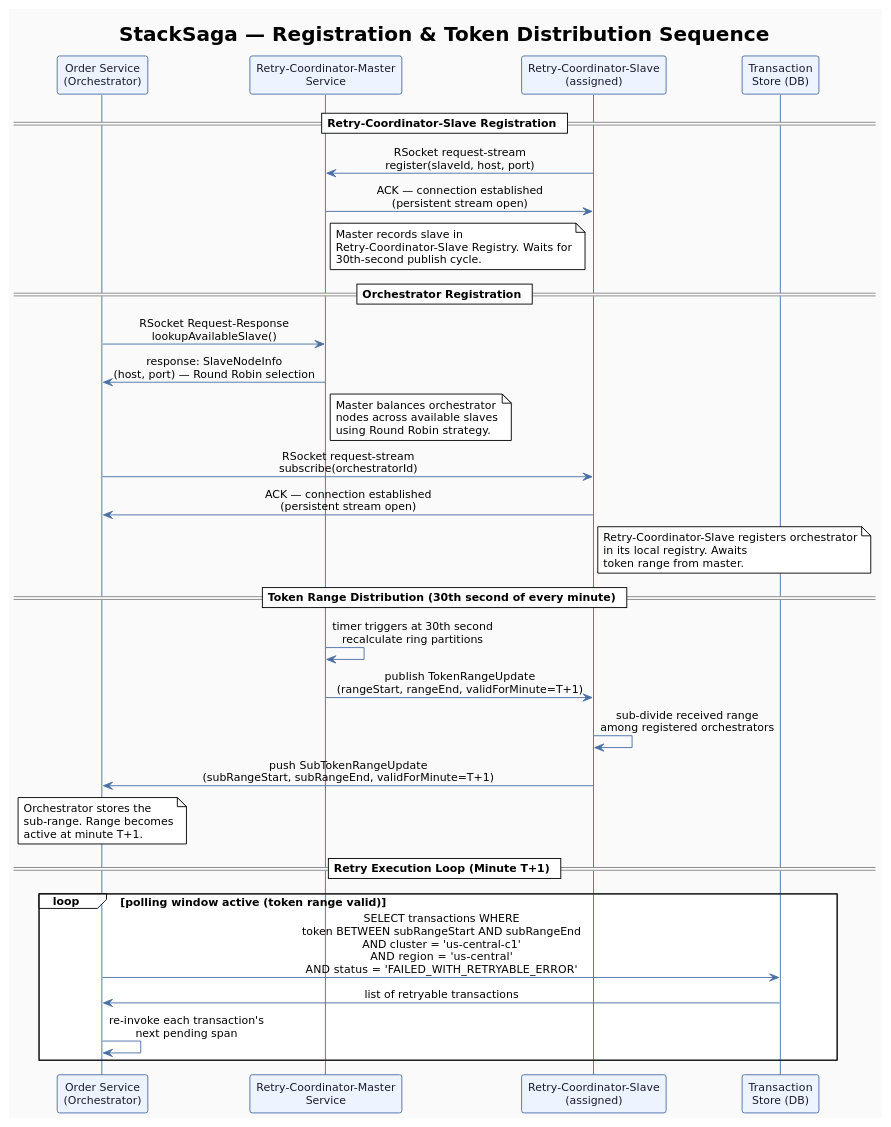
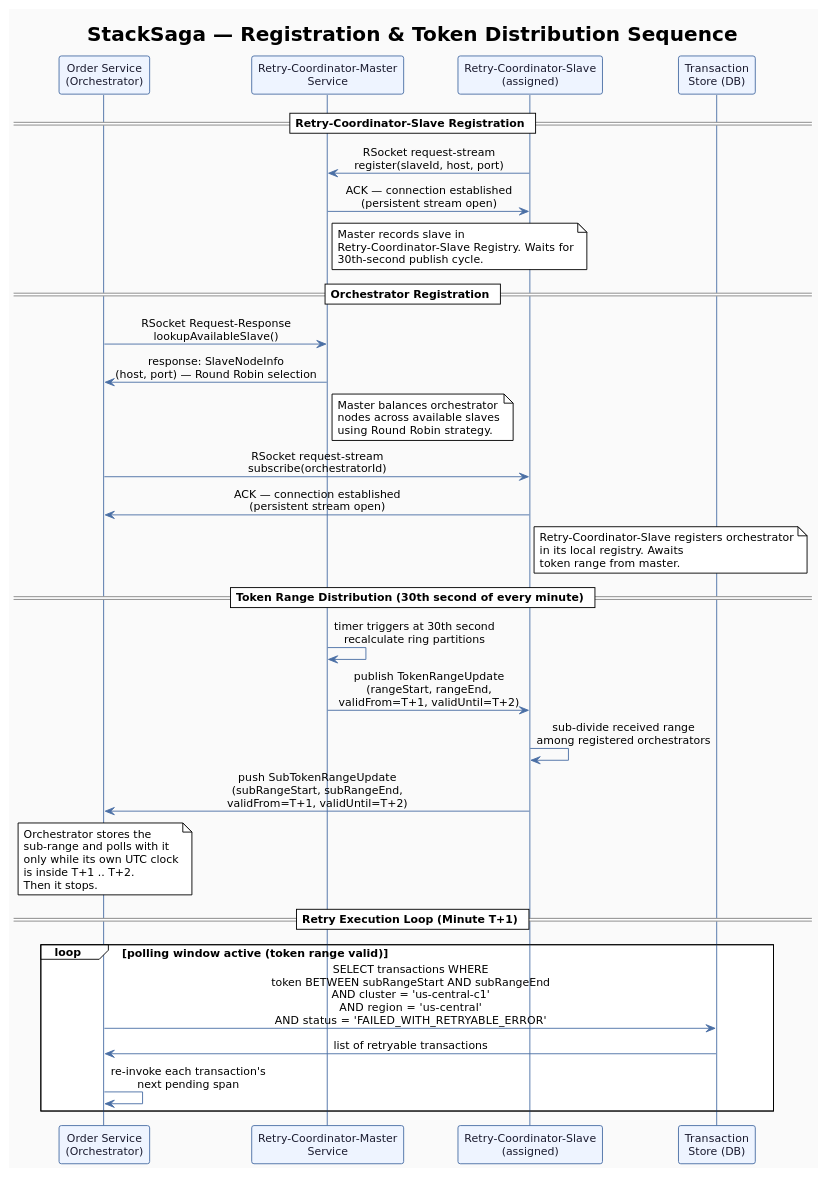
One commit to stacksaga/stacksaga-docs changed the diagram in docs/modules/retry-ring-coordinator/pages/transaction-retrying-with-retry-coordinator.adoc. Above: the diagram before and after it, drawn with PlantUML. The commit also changed other lines of this file and 15 other files, not shown here.

```diff
--- a/docs/modules/retry-ring-coordinator/pages/transaction-retrying-with-retry-coordinator.adoc
+++ b/docs/modules/retry-ring-coordinator/pages/transaction-retrying-with-retry-coordinator.adoc
@@ -406,77 +409,79 @@
 [plantuml,target=registration-sequence,format=svg]
 ----
 @startuml registration-sequence
 !theme plain
 skinparam backgroundColor #FAFAFA
 skinparam defaultFontName "DejaVu Sans"
 skinparam defaultFontSize 12
 skinparam sequenceMessageAlign center
 
 skinparam participant {
   BackgroundColor #EEF4FF
   BorderColor #4A6FA5
   FontColor #1A1A2E
 }
 
 skinparam sequence {
   ArrowColor #4A6FA5
   LifeLineBorderColor #4A6FA5
   LifeLineBackgroundColor #EEF4FF
   NoteBackgroundColor #FFF9E6
   NoteBorderColor #E0A800
 }
 
 title <b>StackSaga — Registration & Token Distribution Sequence</b>
 
 participant "Order Service\n(Orchestrator)" as orc
 participant "Retry-Coordinator-Master\nService" as master
 participant "Retry-Coordinator-Slave\n(assigned)" as slave
 participant "Transaction\nStore (DB)" as db
 
 == Retry-Coordinator-Slave Registration ==
 slave -> master : RSocket request-stream\nregister(slaveId, host, port)
 master -> slave : ACK — connection established\n(persistent stream open)
 note right of master
   Master records slave in
   Retry-Coordinator-Slave Registry. Waits for
   30th-second publish cycle.
 end note
 
 == Orchestrator Registration ==
 orc -> master : RSocket Request-Response\nlookupAvailableSlave()
 master -> orc : response: SlaveNodeInfo\n(host, port) — Round Robin selection
 note right of master
   Master balances orchestrator
   nodes across available slaves
   using Round Robin strategy.
 end note
 
 orc -> slave : RSocket request-stream\nsubscribe(orchestratorId)
 slave -> orc : ACK — connection established\n(persistent stream open)
 note right of slave
   Retry-Coordinator-Slave registers orchestrator
   in its local registry. Awaits
   token range from master.
 end note
 
 == Token Range Distribution (30th second of every minute) ==
 master -> master : timer triggers at 30th second\nrecalculate ring partitions
-master -> slave : publish TokenRangeUpdate\n(rangeStart, rangeEnd, validForMinute=T+1)
+master -> slave : publish TokenRangeUpdate\n(rangeStart, rangeEnd,\nvalidFrom=T+1, validUntil=T+2)
 slave -> slave : sub-divide received range\namong registered orchestrators
-slave -> orc : push SubTokenRangeUpdate\n(subRangeStart, subRangeEnd, validForMinute=T+1)
+slave -> orc : push SubTokenRangeUpdate\n(subRangeStart, subRangeEnd,\nvalidFrom=T+1, validUntil=T+2)
 
 note over orc
   Orchestrator stores the
-  sub-range. Range becomes
-  active at minute T+1.
+  sub-range and polls with it
+  only while its own UTC clock
+  is inside T+1 .. T+2.
+  Then it stops.
 end note
 
 == Retry Execution Loop (Minute T+1) ==
 loop polling window active (token range valid)
   orc -> db : SELECT transactions WHERE\ntoken BETWEEN subRangeStart AND subRangeEnd\nAND cluster = 'us-central-c1'\nAND region  = 'us-central'\nAND status  = 'FAILED_WITH_RETRYABLE_ERROR'
   db -> orc : list of retryable transactions
   orc -> orc : re-invoke each transaction's\nnext pending span
 end
 
 @enduml
 ----
```
